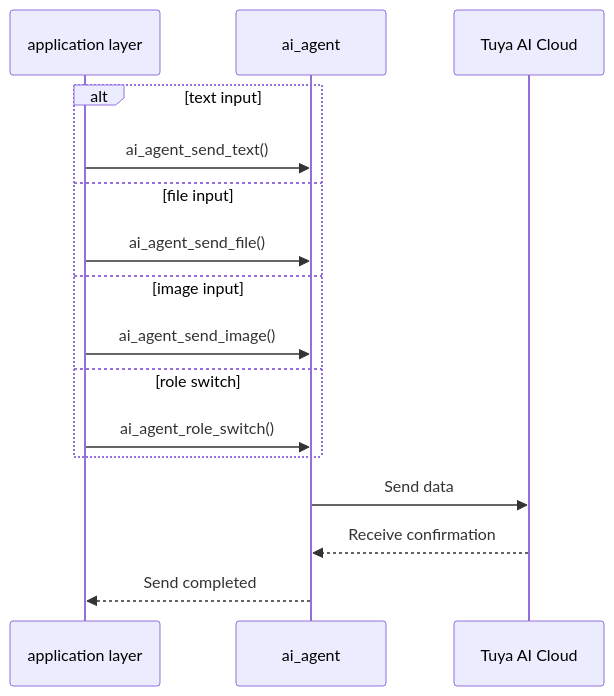
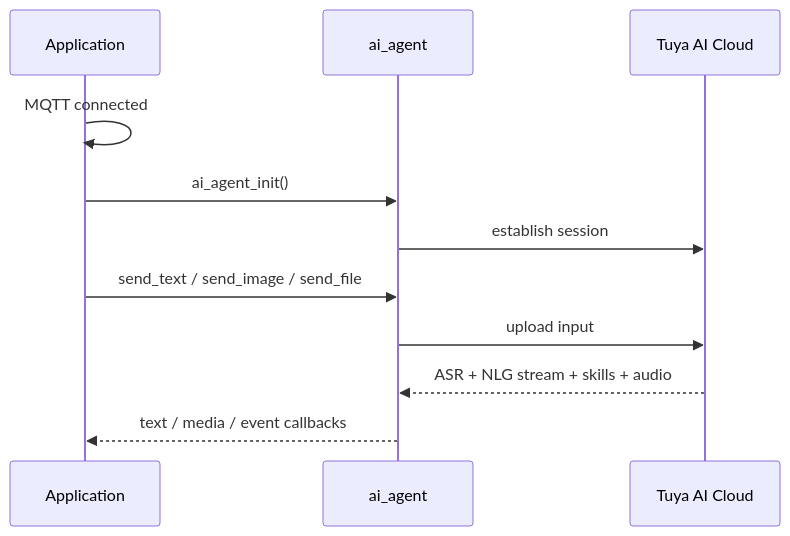
Before and after one commit to Tuya-Community/TuyaOpen.io: the diagram in docs/cloud/device-ai/ai-components/ai-agent.md, drawn with Mermaid. The commit also changed other lines of this file and 365 other files, not shown here.

````diff
--- a/docs/cloud/device-ai/ai-components/ai-agent.md
+++ b/docs/cloud/device-ai/ai-components/ai-agent.md
@@ -88,20 +100,13 @@
 ```mermaid
 sequenceDiagram
-participant App as application layer
+    participant App as Application
     participant Agent as ai_agent
-participant Cloud as Tuya AI Cloud
-    
-alt text input
-        App->>Agent: ai_agent_send_text()
-else file input
-        App->>Agent: ai_agent_send_file()
-else image input
-        App->>Agent: ai_agent_send_image()
-else role switch
-        App->>Agent: ai_agent_role_switch()
-    end
-    
-Agent->>Cloud: Send data
-Cloud-->>Agent: Receive confirmation
-Agent-->>App: Send completed
+    participant Cloud as Tuya AI Cloud
+    App->>App: MQTT connected
+    App->>Agent: ai_agent_init()
+    Agent->>Cloud: establish session
+    App->>Agent: send_text / send_image / send_file
+    Agent->>Cloud: upload input
+    Cloud-->>Agent: ASR + NLG stream + skills + audio
+    Agent-->>App: text / media / event callbacks
 ```
````
